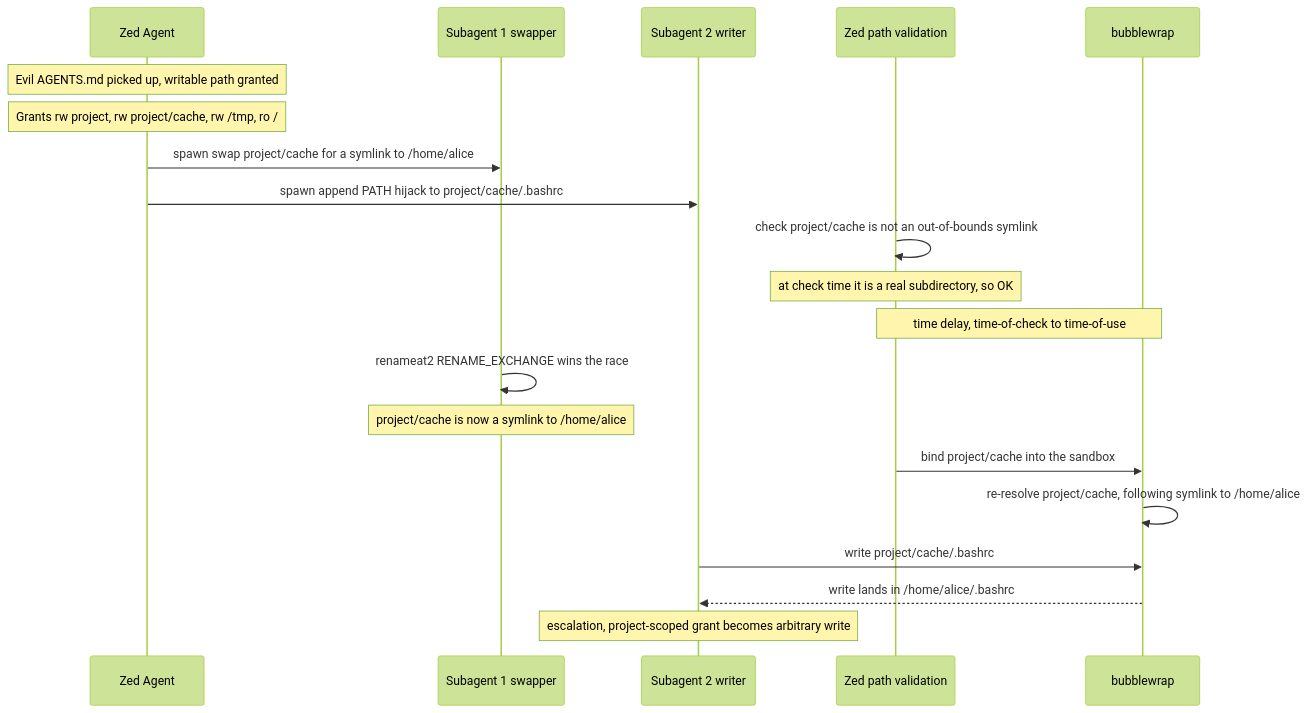
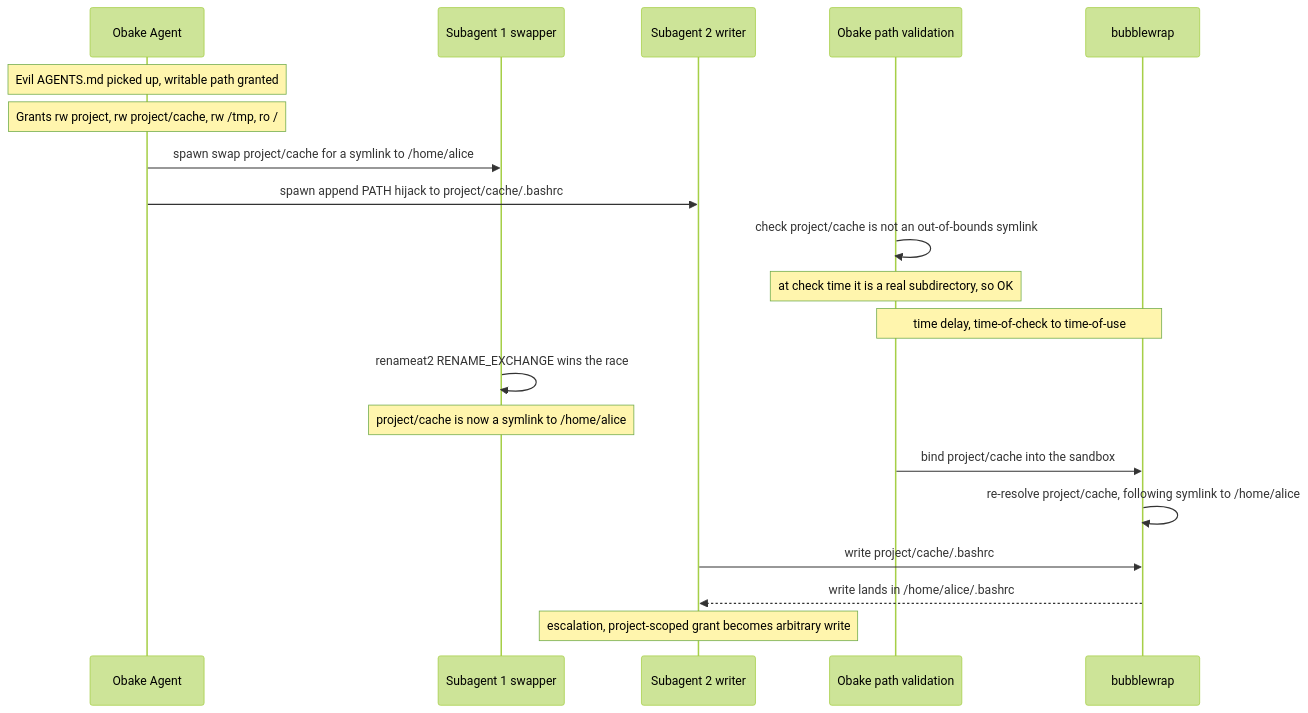
Before and after one commit to sadosystems/obake2: the first of 2 diagrams in gui/crates/sandbox/README.md, drawn with Mermaid (forest theme). The commit also changed other lines of this file and 588 other files, not shown here.

First line of the commit message:
gui: rename Zed -> Obake (identifiers, crates, strings, docs)

````diff
--- a/gui/crates/sandbox/README.md
+++ b/gui/crates/sandbox/README.md
@@ -110,23 +110,23 @@
 ```mermaid
 sequenceDiagram
-    participant Agent as Zed Agent
+    participant Agent as Obake Agent
     participant S1 as Subagent 1 swapper
     participant S2 as Subagent 2 writer
-    participant Zed as Zed path validation
+    participant Obake as Obake path validation
     participant BW as bubblewrap
 
     Note over Agent: Evil AGENTS.md picked up, writable path granted
     Note over Agent: Grants rw project, rw project/cache, rw /tmp, ro /
     Agent->>S1: spawn swap project/cache for a symlink to /home/alice
     Agent->>S2: spawn append PATH hijack to project/cache/.bashrc
-    Zed->>Zed: check project/cache is not an out-of-bounds symlink
-    Note over Zed: at check time it is a real subdirectory, so OK
-    Note over Zed,BW: time delay, time-of-check to time-of-use
+    Obake->>Obake: check project/cache is not an out-of-bounds symlink
+    Note over Obake: at check time it is a real subdirectory, so OK
+    Note over Obake,BW: time delay, time-of-check to time-of-use
     S1->>S1: renameat2 RENAME_EXCHANGE wins the race
     Note over S1: project/cache is now a symlink to /home/alice
-    Zed->>BW: bind project/cache into the sandbox
+    Obake->>BW: bind project/cache into the sandbox
     BW->>BW: re-resolve project/cache, following symlink to /home/alice
     S2->>BW: write project/cache/.bashrc
     BW-->>S2: write lands in /home/alice/.bashrc
     Note over S2: escalation, project-scoped grant becomes arbitrary write
 ```
````
